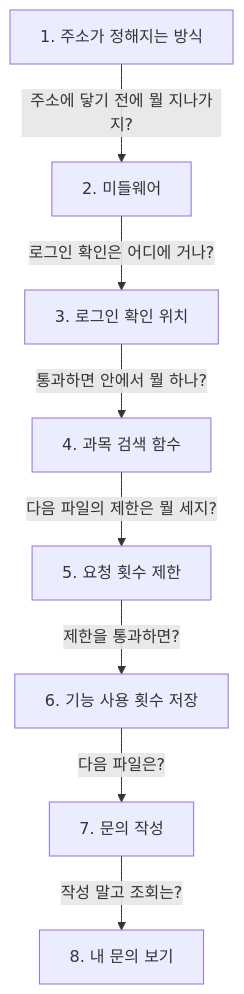
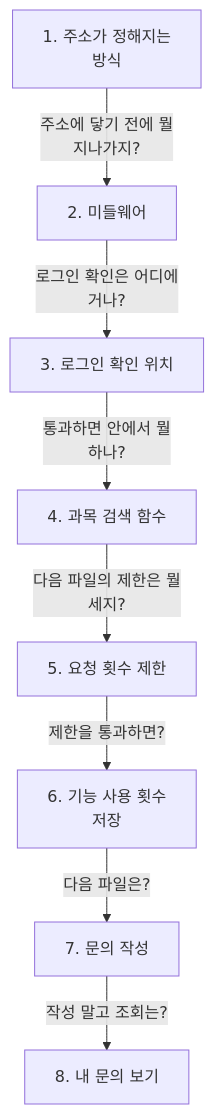
Before and after one commit to ChildrenAon/TIL: the first of 2 diagrams in 2026/November/11-06.md, drawn with Mermaid. The commit also changed other lines of this file and 5 other files, not shown here.

````diff
--- a/2026/November/11-06.md
+++ b/2026/November/11-06.md
@@ -22,10 +22,10 @@
 ```mermaid
 flowchart TD
-  A["1. 주소가 정해지는 방식"] -->|"주소에 닿기 전에 뭘 지나가지?"| B["2. 미들웨어"]
-  B -->|"로그인 확인은 어디에 거나?"| C["3. 로그인 확인 위치"]
-  C -->|"통과하면 안에서 뭘 하나?"| D["4. 과목 검색 함수"]
-  D -->|"다음 파일의 제한은 뭘 세지?"| E["5. 요청 횟수 제한"]
-  E -->|"제한을 통과하면?"| F["6. 기능 사용 횟수 저장"]
+  A["1. 주소가 정해지는<br/>방식"] -->|"주소에 닿기 전에 뭘<br/>지나가지?"| B["2. 미들웨어"]
+  B -->|"로그인 확인은 어디에<br/>거나?"| C["3. 로그인 확인 위치"]
+  C -->|"통과하면 안에서 뭘<br/>하나?"| D["4. 과목 검색 함수"]
+  D -->|"다음 파일의 제한은 뭘<br/>세지?"| E["5. 요청 횟수 제한"]
+  E -->|"제한을 통과하면?"| F["6. 기능 사용 횟수<br/>저장"]
   F -->|"다음 파일은?"| G["7. 문의 작성"]
   G -->|"작성 말고 조회는?"| H["8. 내 문의 보기"]
 ```
````
